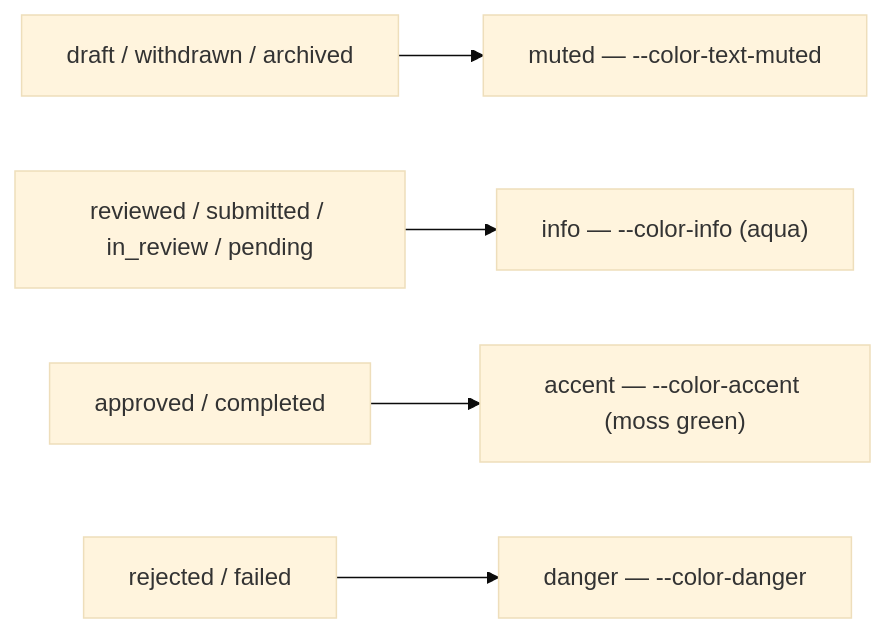
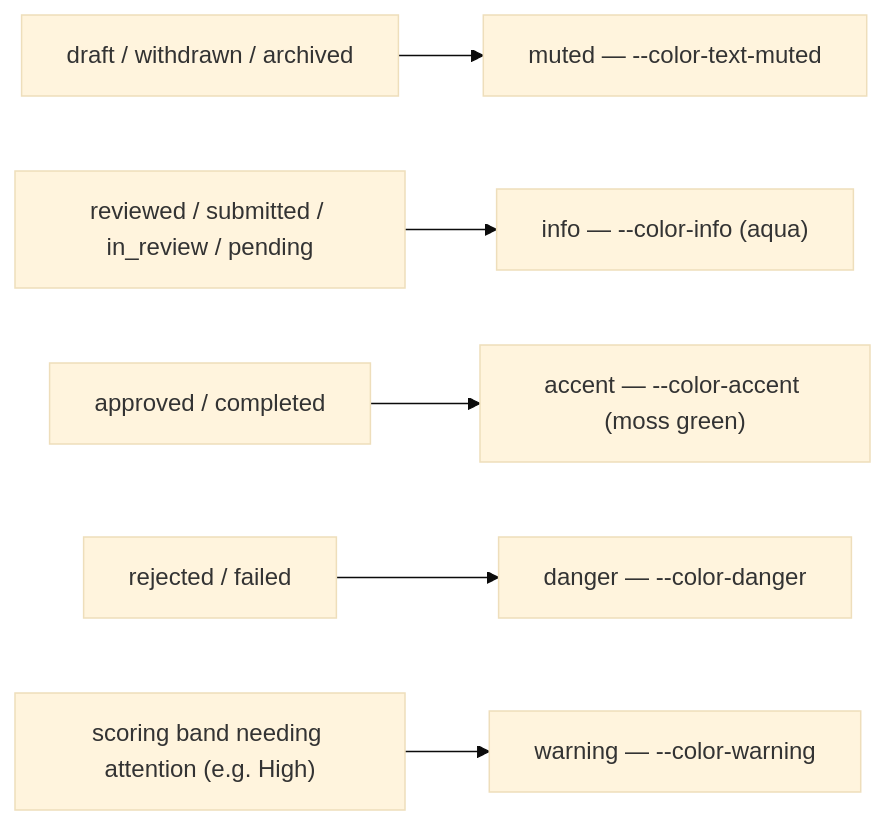
One commit to ballardr/reqtrackmanager changed the seventh of 14 diagrams in docs/ux-style-guide.md. Above: the diagram before and after it, drawn with Mermaid (base theme). The commit also changed other lines of this file and 340 other files, not shown here.

````diff
--- a/docs/ux-style-guide.md
+++ b/docs/ux-style-guide.md
@@ -230,7 +260,8 @@
 ```mermaid
 flowchart LR
   A["draft / withdrawn / archived"] --> M["muted — --color-text-muted"]
   B["reviewed / submitted / in_review / pending"] --> I["info — --color-info (aqua)"]
   C["approved / completed"] --> G["accent — --color-accent (moss green)"]
   D["rejected / failed"] --> R["danger — --color-danger"]
+  E["scoring band needing attention (e.g. High)"] --> W["warning — --color-warning"]
 ```
````
